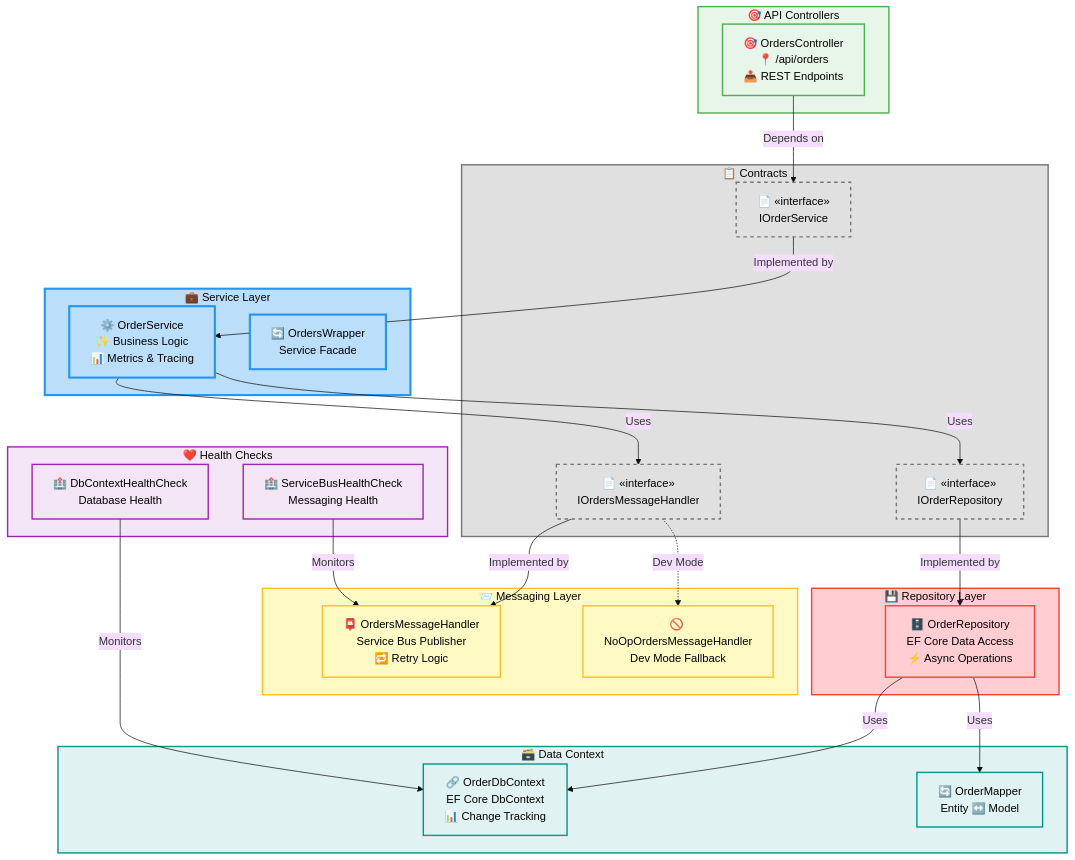
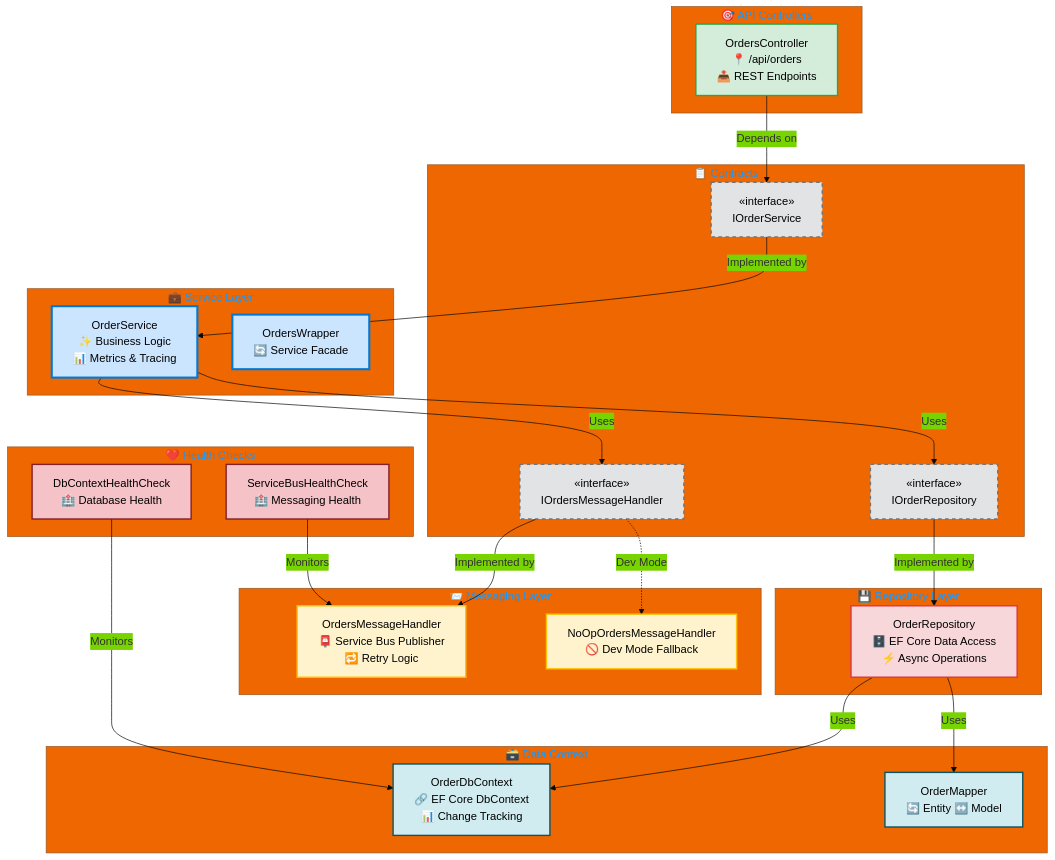
One commit to Evilazaro/Azure-LogicApps-Monitoring changed the third of 13 diagrams in docs/architecture/business-layer-architecture.md. Above: the diagram before and after it, drawn with Mermaid. The commit also changed other lines of this file and 1 other file, not shown here.

````diff
--- a/docs/architecture/business-layer-architecture.md
+++ b/docs/architecture/business-layer-architecture.md
@@ -222,6 +286,10 @@
 ---
 config:
   theme: base
+  themeVariables:
+    primaryColor: "#0078D4"
+    primaryTextColor: "#323130"
+    primaryBorderColor: "#8A8886"
 ---
 graph TB
     accTitle: Business Layer Component Architecture
@@ -229,43 +297,43 @@
 
     %% Controllers (Presentation Layer)
     subgraph controllers["🎯 API Controllers"]
-        ordersController["🎯 OrdersController<br/>📍 /api/orders<br/>📤 REST Endpoints"]
+        ordersController["OrdersController<br/>📍 /api/orders<br/>📤 REST Endpoints"]
     end
 
     %% Service Layer
     subgraph services["💼 Service Layer"]
-        orderService["⚙️ OrderService<br/>✨ Business Logic<br/>📊 Metrics & Tracing"]
-        ordersWrapper["🔄 OrdersWrapper<br/>Service Facade"]
+        orderService["OrderService<br/>✨ Business Logic<br/>📊 Metrics & Tracing"]
+        ordersWrapper["OrdersWrapper<br/>🔄 Service Facade"]
     end
 
     %% Messaging Layer
     subgraph messaging["📨 Messaging Layer"]
-        messageHandler["📮 OrdersMessageHandler<br/>Service Bus Publisher<br/>🔁 Retry Logic"]
-        noOpHandler["🚫 NoOpOrdersMessageHandler<br/>Dev Mode Fallback"]
+        messageHandler["OrdersMessageHandler<br/>📮 Service Bus Publisher<br/>🔁 Retry Logic"]
+        noOpHandler["NoOpOrdersMessageHandler<br/>🚫 Dev Mode Fallback"]
     end
 
     %% Repository Layer
     subgraph repositories["💾 Repository Layer"]
-        orderRepo["🗄️ OrderRepository<br/>EF Core Data Access<br/>⚡ Async Operations"]
+        orderRepo["OrderRepository<br/>🗄️ EF Core Data Access<br/>⚡ Async Operations"]
     end
 
     %% Interfaces
     subgraph interfaces["📋 Contracts"]
-        iOrderService["📄 «interface»<br/>IOrderService"]
-        iOrderRepo["📄 «interface»<br/>IOrderRepository"]
-        iMessageHandler["📄 «interface»<br/>IOrdersMessageHandler"]
+        iOrderService["«interface»<br/>IOrderService"]
+        iOrderRepo["«interface»<br/>IOrderRepository"]
+        iMessageHandler["«interface»<br/>IOrdersMessageHandler"]
     end
 
     %% Data Context
     subgraph dataContext["🗃️ Data Context"]
-        dbContext["🔗 OrderDbContext<br/>EF Core DbContext<br/>📊 Change Tracking"]
-        mapper["🔄 OrderMapper<br/>Entity ↔️ Model"]
+        dbContext["OrderDbContext<br/>🔗 EF Core DbContext<br/>📊 Change Tracking"]
+        mapper["OrderMapper<br/>🔄 Entity ↔️ Model"]
     end
 
     %% Health Checks
     subgraph health["❤️ Health Checks"]
-        dbHealthCheck["🏥 DbContextHealthCheck<br/>Database Health"]
-        sbHealthCheck["🏥 ServiceBusHealthCheck<br/>Messaging Health"]
+        dbHealthCheck["DbContextHealthCheck<br/>🏥 Database Health"]
+        sbHealthCheck["ServiceBusHealthCheck<br/>🏥 Messaging Health"]
     end
 
     %% Connections - Controllers to Services
@@ -289,14 +357,14 @@
     dbHealthCheck -->|"Monitors"| dbContext
     sbHealthCheck -->|"Monitors"| messageHandler
 
-    %% Styling with explicit hex colors (Microsoft Fluent UI / Azure palette)
-    classDef controllerStyle fill:#E8F5E9,stroke:#4CAF50,stroke-width:2px,color:#000
-    classDef serviceStyle fill:#BBDEFB,stroke:#2196F3,stroke-width:3px,color:#000
-    classDef messagingStyle fill:#FFF9C4,stroke:#FBC02D,stroke-width:2px,color:#000
-    classDef repoStyle fill:#FFCDD2,stroke:#F44336,stroke-width:2px,color:#000
-    classDef interfaceStyle fill:#E0E0E0,stroke:#757575,stroke-width:2px,stroke-dasharray: 5 5,color:#000
-    classDef dataStyle fill:#E0F2F1,stroke:#009688,stroke-width:2px,color:#000
-    classDef healthStyle fill:#F3E5F5,stroke:#9C27B0,stroke-width:2px,color:#000
+    %% Styling
+    classDef controllerStyle fill:#D4EDDA,stroke:#28A745,stroke-width:2px,color:#000
+    classDef serviceStyle fill:#CCE5FF,stroke:#0078D4,stroke-width:3px,color:#000
+    classDef messagingStyle fill:#FFF3CD,stroke:#FFC107,stroke-width:2px,color:#000
+    classDef repoStyle fill:#F8D7DA,stroke:#DC3545,stroke-width:2px,color:#000
+    classDef interfaceStyle fill:#E2E3E5,stroke:#6C757D,stroke-width:2px,stroke-dasharray: 5 5,color:#000
+    classDef dataStyle fill:#D1ECF1,stroke:#0C5460,stroke-width:2px,color:#000
+    classDef healthStyle fill:#F5C2C7,stroke:#842029,stroke-width:2px,color:#000
 
     class ordersController controllerStyle
     class orderService,ordersWrapper serviceStyle
@@ -305,13 +373,4 @@
     class iOrderService,iOrderRepo,iMessageHandler interfaceStyle
     class dbContext,mapper dataStyle
     class dbHealthCheck,sbHealthCheck healthStyle
-
-    %% Subgraph styling (MRM-S001 compliant - use style not class)
-    style controllers fill:#E8F5E9,stroke:#4CAF50,stroke-width:2px
-    style services fill:#BBDEFB,stroke:#2196F3,stroke-width:3px
-    style messaging fill:#FFF9C4,stroke:#FBC02D,stroke-width:2px
-    style repositories fill:#FFCDD2,stroke:#F44336,stroke-width:2px
-    style interfaces fill:#E0E0E0,stroke:#757575,stroke-width:2px
-    style dataContext fill:#E0F2F1,stroke:#009688,stroke-width:2px
-    style health fill:#F3E5F5,stroke:#9C27B0,stroke-width:2px
 ```
````
